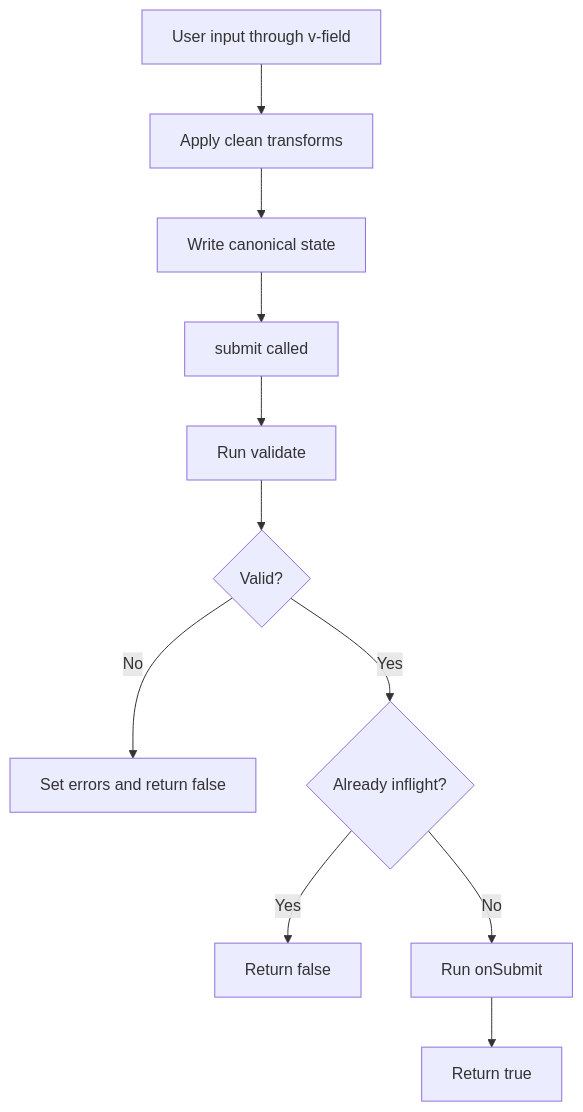
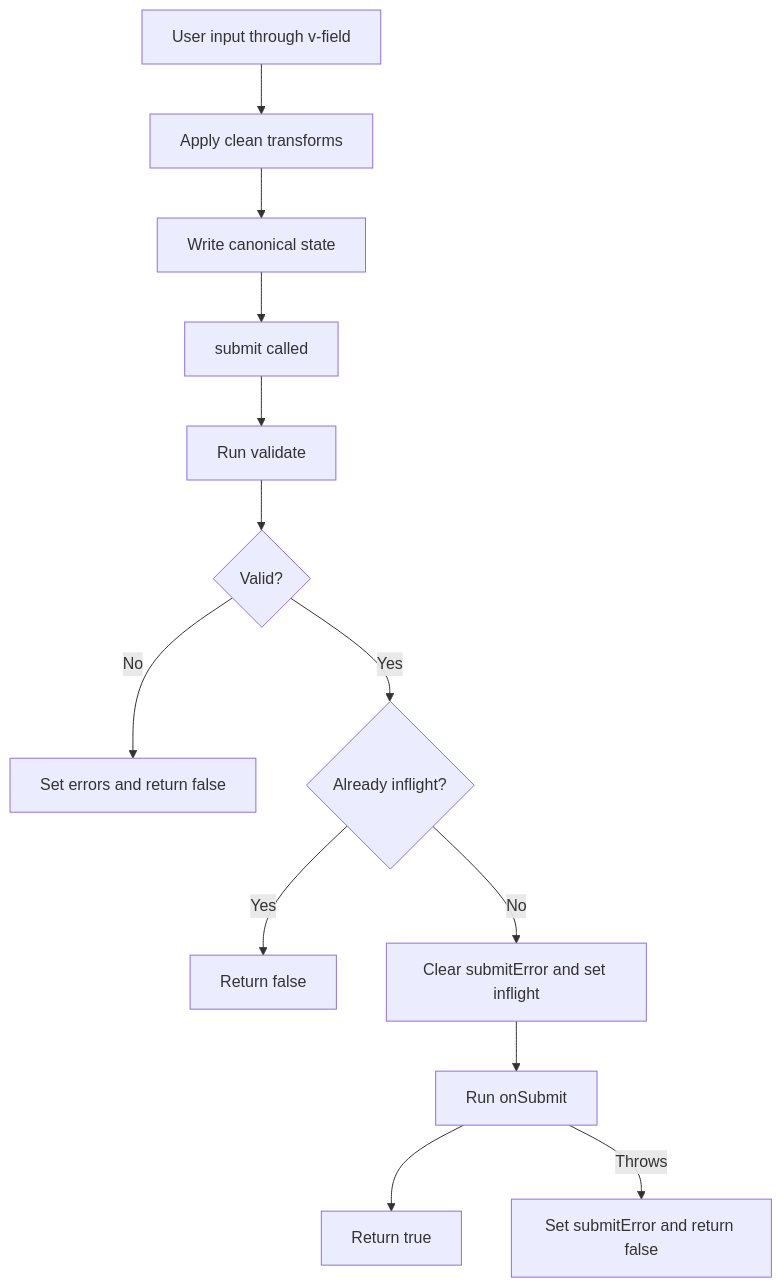
One commit to Masquerade-Circus/valyrian.js changed the diagram in docs/4.3-forms.md. Above: the diagram before and after it, drawn with Mermaid. The commit also changed other lines of this file and 5 other files, not shown here.

````diff
--- a/docs/4.3-forms.md
+++ b/docs/4.3-forms.md
@@ -80,13 +82,15 @@
 ```mermaid
 flowchart TD
     input[User input through v-field] --> clean[Apply clean transforms]
     clean --> state[Write canonical state]
     state --> submit[submit called]
     submit --> validate[Run validate]
     validate --> valid{Valid?}
     valid -- No --> errors[Set errors and return false]
     valid -- Yes --> inflight{Already inflight?}
     inflight -- Yes --> blocked[Return false]
-    inflight -- No --> action[Run onSubmit]
+    inflight -- No --> clear[Clear submitError and set inflight]
+    clear --> action[Run onSubmit]
     action --> success[Return true]
+    action -- Throws --> submitError[Set submitError and return false]
 ```
````
